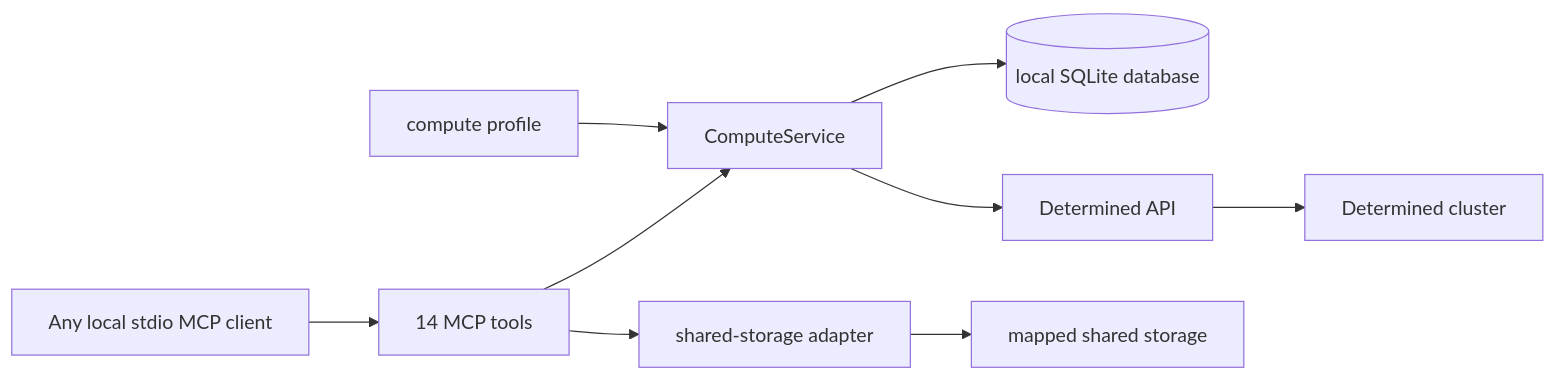
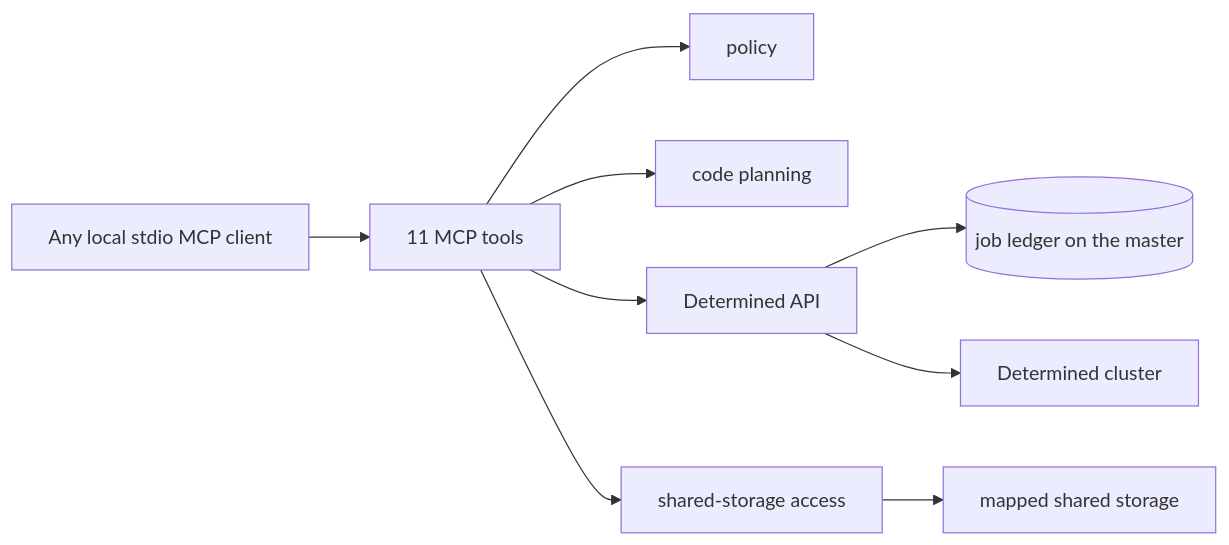
Before and after one commit to WU-CVGL/determined_cluster_mcp: the diagram in docs/compute-service.md, drawn with Mermaid. The commit also changed other lines of this file and 28 other files, not shown here.

````diff
--- a/docs/compute-service.md
+++ b/docs/compute-service.md
@@ -11,11 +11,11 @@
 ```mermaid
 flowchart LR
-    U[Any local stdio MCP client] --> M[14 MCP tools]
-    M --> C[ComputeService]
-    C --> D[(local SQLite database)]
-    C --> A[Determined API]
+    U[Any local stdio MCP client] --> M[11 MCP tools]
+    M --> P[policy]
+    M --> G[code planning]
+    M --> A[Determined API]
+    A --> L[(job ledger on the master)]
     A --> K[Determined cluster]
-    P[compute profile] --> C
-    M --> S[shared-storage adapter]
+    M --> S[shared-storage access]
     S --> H[mapped shared storage]
 ```
````
